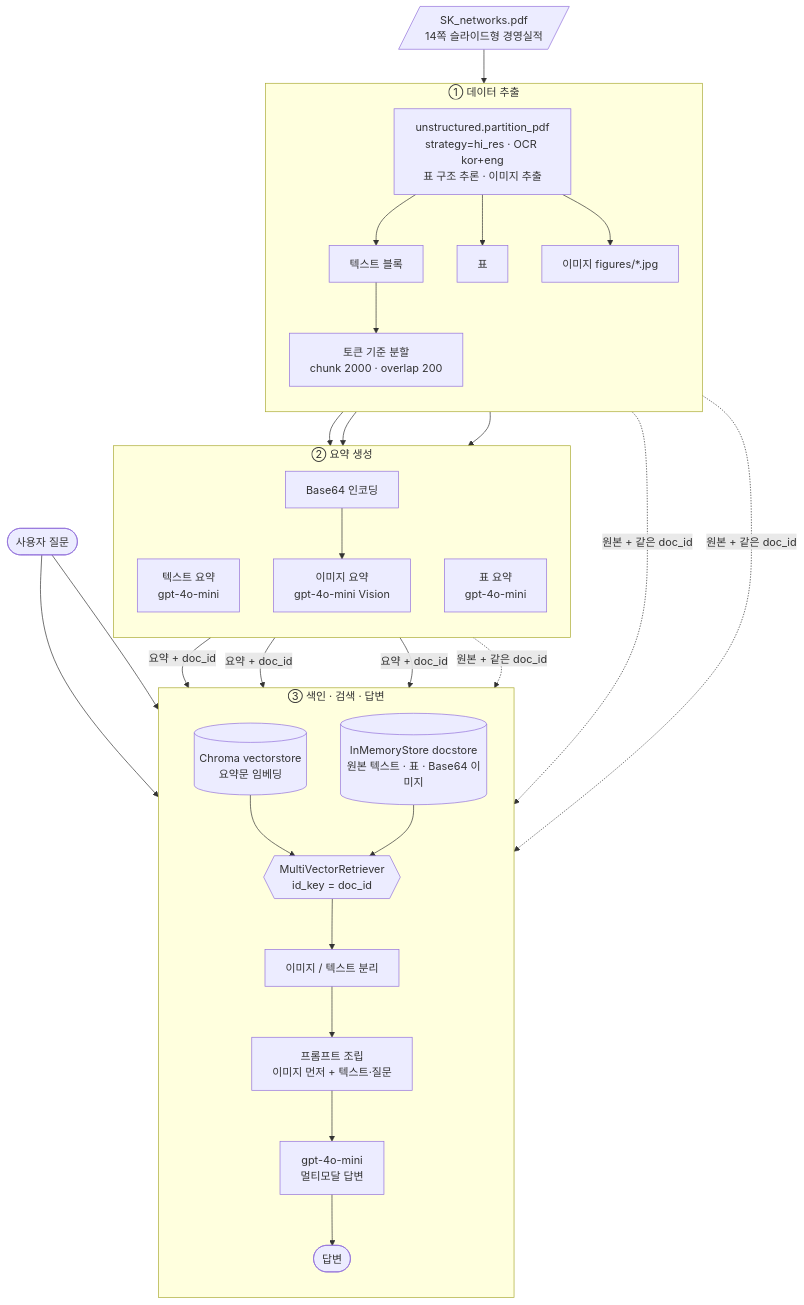
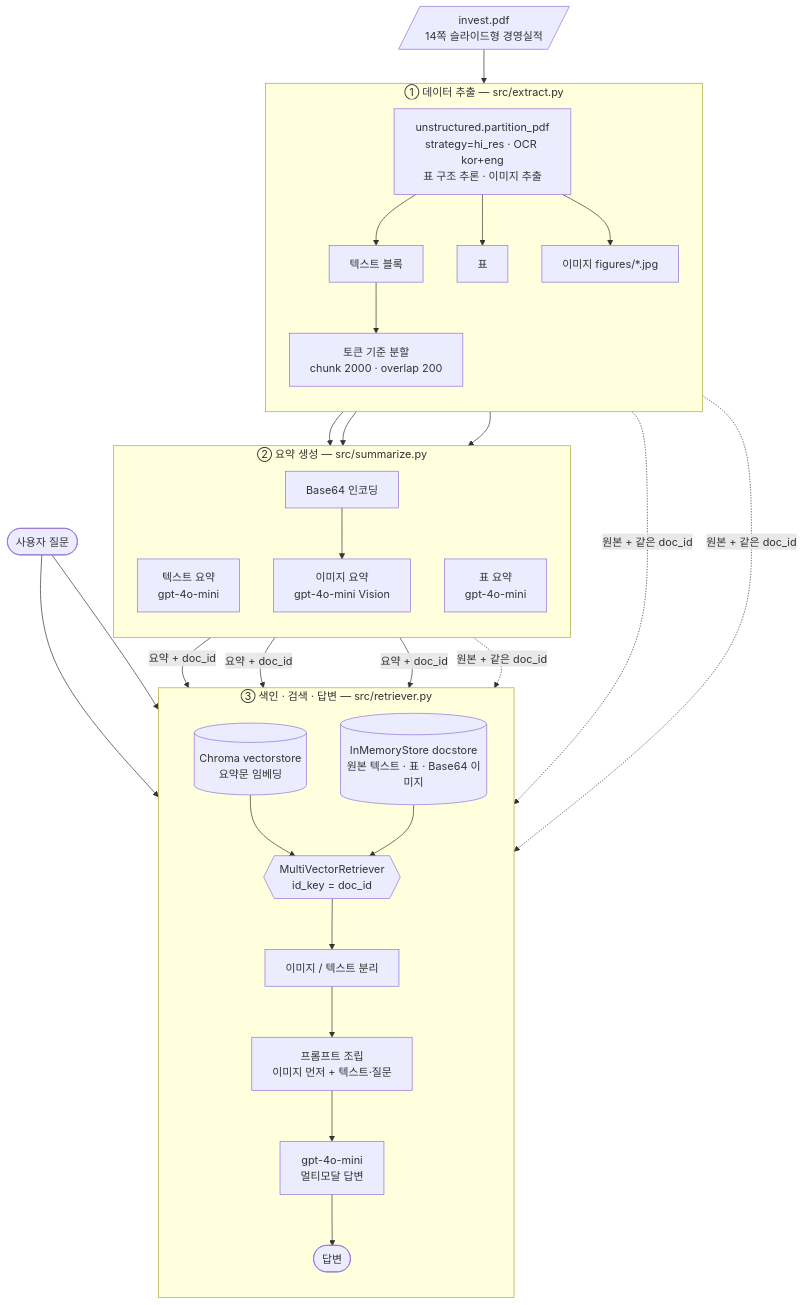
The diagram in README.md (clipnpaper/multimodal-rag), drawn with Mermaid before and after one commit. The commit also changed other lines of this file and 19 other files, not shown here.

````diff
--- a/README.md
+++ b/README.md
@@ -39,53 +39,53 @@
 ```mermaid
 flowchart TD
-    PDF[/"SK_networks.pdf<br/>14쪽 슬라이드형 경영실적"/]
+    PDF[/"invest.pdf<br/>14쪽 슬라이드형 경영실적"/]
 
-    subgraph S1["① 데이터 추출"]
+    subgraph S1["① 데이터 추출 — src/extract.py"]
         direction TB
         EXT["unstructured.partition_pdf<br/>strategy=hi_res · OCR kor+eng<br/>표 구조 추론 · 이미지 추출"]
         TXT["텍스트 블록"]
         TBL["표"]
         IMG["이미지 figures/*.jpg"]
         SPL["토큰 기준 분할<br/>chunk 2000 · overlap 200"]
         EXT --> TXT & TBL & IMG
         TXT --> SPL
     end
 
-    subgraph S2["② 요약 생성"]
+    subgraph S2["② 요약 생성 — src/summarize.py"]
         direction TB
         SUMT["텍스트 요약<br/>gpt-4o-mini"]
         SUMB["표 요약<br/>gpt-4o-mini"]
         B64["Base64 인코딩"]
         SUMI["이미지 요약<br/>gpt-4o-mini Vision"]
         B64 --> SUMI
     end
 
-    subgraph S3["③ 색인 · 검색 · 답변"]
+    subgraph S3["③ 색인 · 검색 · 답변 — src/retriever.py"]
         direction TB
         VS[("Chroma vectorstore<br/>요약문 임베딩")]
         DS[("InMemoryStore docstore<br/>원본 텍스트 · 표 · Base64 이미지")]
         MVR{{"MultiVectorRetriever<br/>id_key = doc_id"}}
         SPLIT["이미지 / 텍스트 분리"]
         PROMPT["프롬프트 조립<br/>이미지 먼저 + 텍스트·질문"]
         LLM["gpt-4o-mini<br/>멀티모달 답변"]
         ANS(["답변"])
         VS --> MVR
         DS --> MVR
         MVR --> SPLIT --> PROMPT --> LLM --> ANS
     end
 
     Q(["사용자 질문"])
 
     PDF --> EXT
     SPL --> SUMT
     TBL --> SUMB
     IMG --> B64
     SUMT -- "요약 + doc_id" --> VS
     SUMB -- "요약 + doc_id" --> VS
     SUMI -- "요약 + doc_id" --> VS
     SPL -. "원본 + 같은 doc_id" .-> DS
     TBL -. "원본 + 같은 doc_id" .-> DS
     B64 -. "원본 + 같은 doc_id" .-> DS
     Q --> MVR
     Q --> PROMPT
 ```
````
